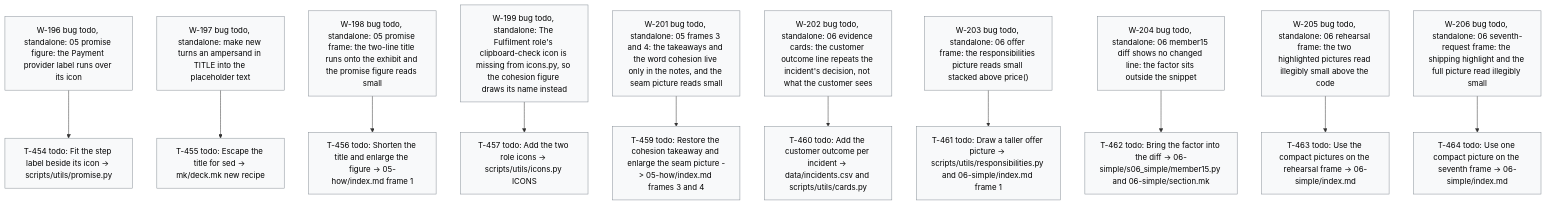
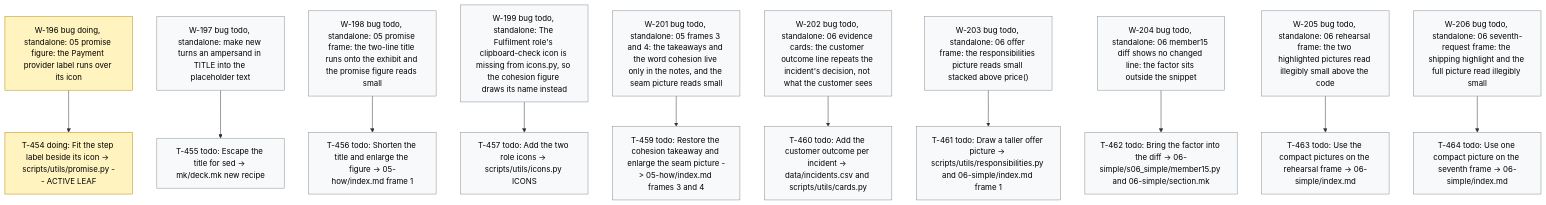
The diagram in .board/BOARD.md (dpopchev/chaos-to-simple), drawn with Mermaid before and after one commit. The commit also changed other lines of this file and 2 other files, not shown here.

Commit message:
chore(board): activate W-196, start T-454
Refs: W-196 T-454

````diff
--- a/.board/BOARD.md
+++ b/.board/BOARD.md
@@ -1169,29 +1169,30 @@
 ```mermaid
 flowchart TD
-  W196["W-196 bug todo, standalone: 05 promise figure: the Payment provider label runs over its icon"]
-  W196 --> T454["T-454 todo: Fit the step label beside its icon -> scripts/utils/promise.py"]
+  W196["W-196 bug doing, standalone: 05 promise figure: the Payment provider label runs over its icon"]
+  W196 --> T454["T-454 doing: Fit the step label beside its icon -> scripts/utils/promise.py -- ACTIVE LEAF"]
   W197["W-197 bug todo, standalone: make new turns an ampersand in TITLE into the placeholder text"]
   W197 --> T455["T-455 todo: Escape the title for sed -> mk/deck.mk new recipe"]
   W198["W-198 bug todo, standalone: 05 promise frame: the two-line title runs onto the exhibit and the promise figure reads small"]
   W198 --> T456["T-456 todo: Shorten the title and enlarge the figure -> 05-how/index.md frame 1"]
   W199["W-199 bug todo, standalone: The Fulfilment role's clipboard-check icon is missing from icons.py, so the cohesion figure draws its name instead"]
   W199 --> T457["T-457 todo: Add the two role icons -> scripts/utils/icons.py ICONS"]
   W201["W-201 bug todo, standalone: 05 frames 3 and 4: the takeaways and the word cohesion live only in the notes, and the seam picture reads small"]
   W201 --> T459["T-459 todo: Restore the cohesion takeaway and enlarge the seam picture -> 05-how/index.md frames 3 and 4"]
   W202["W-202 bug todo, standalone: 06 evidence cards: the customer outcome line repeats the incident's decision, not what the customer sees"]
   W202 --> T460["T-460 todo: Add the customer outcome per incident -> data/incidents.csv and scripts/utils/cards.py"]
   W203["W-203 bug todo, standalone: 06 offer frame: the responsibilities picture reads small stacked above price()"]
   W203 --> T461["T-461 todo: Draw a taller offer picture -> scripts/utils/responsibilities.py and 06-simple/index.md frame 1"]
   W204["W-204 bug todo, standalone: 06 member15 diff shows no changed line: the factor sits outside the snippet"]
   W204 --> T462["T-462 todo: Bring the factor into the diff -> 06-simple/s06_simple/member15.py and 06-simple/section.mk"]
   W205["W-205 bug todo, standalone: 06 rehearsal frame: the two highlighted pictures read illegibly small above the code"]
   W205 --> T463["T-463 todo: Use the compact pictures on the rehearsal frame -> 06-simple/index.md"]
   W206["W-206 bug todo, standalone: 06 seventh-request frame: the shipping highlight and the full picture read illegibly small"]
   W206 --> T464["T-464 todo: Use one compact picture on the seventh frame -> 06-simple/index.md"]
   classDef doing fill:#fff3bf,stroke:#b58900,color:#000;
   classDef blocked fill:#ffe3e3,stroke:#c92a2a,color:#000;
   classDef done fill:#e6ffed,stroke:#2b8a3e,color:#000;
   classDef todo fill:#f8f9fa,stroke:#868e96,color:#000;
   classDef pruned fill:#f1f3f5,stroke:#adb5bd,color:#000;
-  class W196,T454,W197,T455,W198,T456,W199,T457,W201,T459,W202,T460,W203,T461,W204,T462,W205,T463,W206,T464 todo
+  class W196,T454 doing
+  class W197,T455,W198,T456,W199,T457,W201,T459,W202,T460,W203,T461,W204,T462,W205,T463,W206,T464 todo
 ```
````
